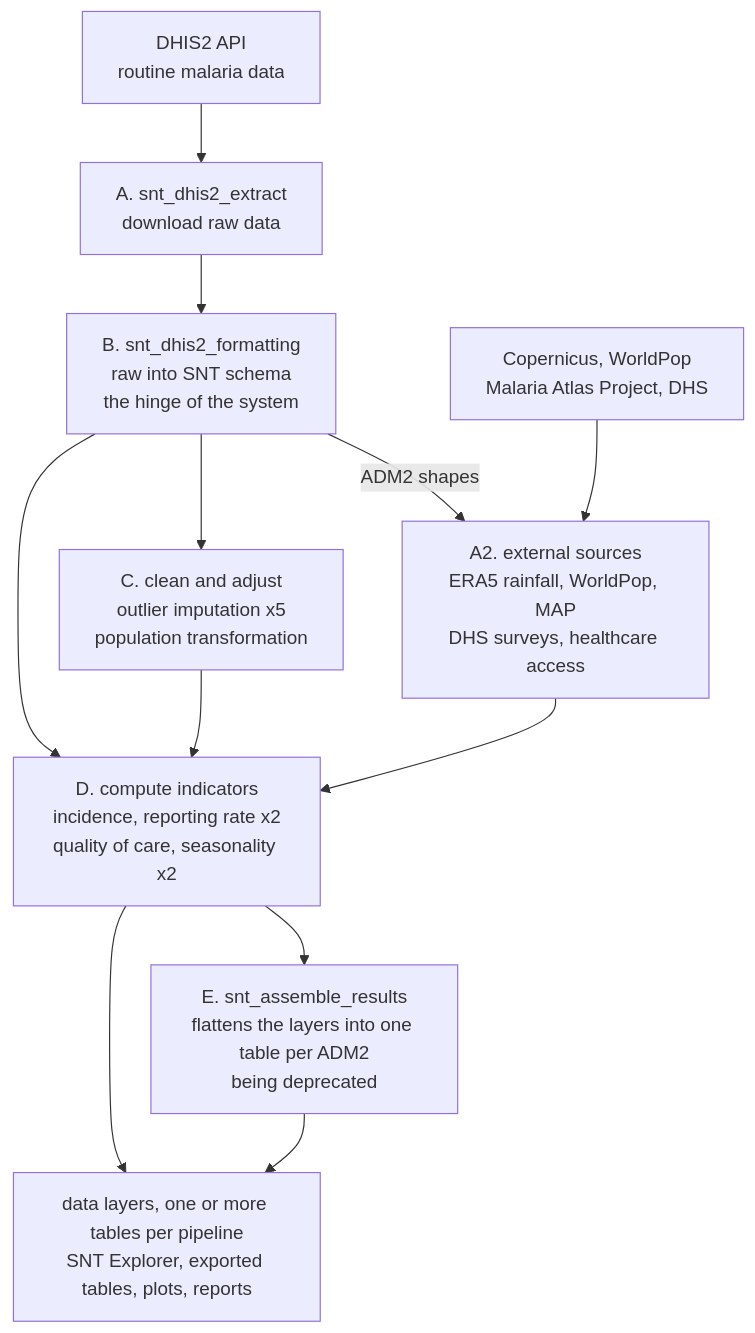
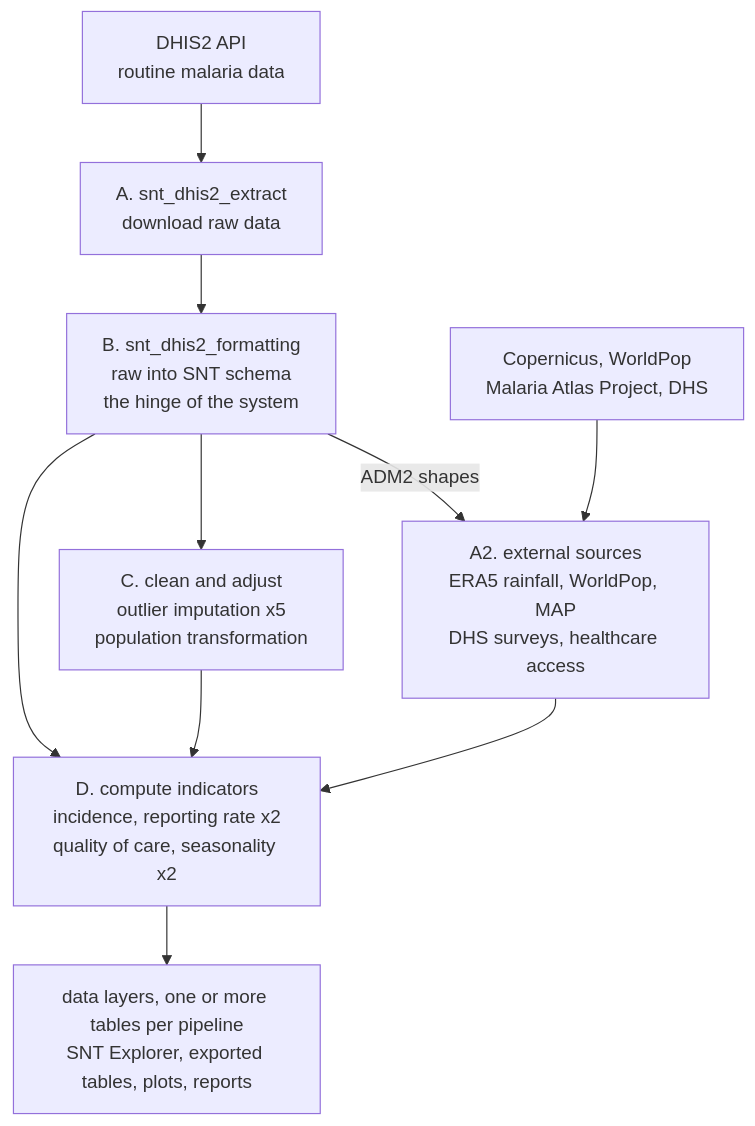
Before and after one commit to BLSQ/snt_development: the diagram in README.md, drawn with Mermaid. The commit also changed other lines of this file and 13 other files, not shown here.

Commit message:
Deprecate pipeline snt_assemble_results (#144)

````diff
--- a/README.md
+++ b/README.md
@@ -28,15 +28,13 @@
 ```mermaid
 flowchart TD
     DHIS2["DHIS2 API<br/>routine malaria data"] --> A
     A["A. snt_dhis2_extract<br/>download raw data"] --> B
     B["B. snt_dhis2_formatting<br/>raw into SNT schema<br/>the hinge of the system"]
     B --> C["C. clean and adjust<br/>outlier imputation x5<br/>population transformation"]
     B -->|ADM2 shapes| AP["A2. external sources<br/>ERA5 rainfall, WorldPop, MAP<br/>DHS surveys, healthcare access"]
     SRC["Copernicus, WorldPop<br/>Malaria Atlas Project, DHS"] --> AP
     B --> D
     C --> D["D. compute indicators<br/>incidence, reporting rate x2<br/>quality of care, seasonality x2"]
     AP --> D
     D --> OUT["data layers, one or more tables per pipeline<br/>SNT Explorer, exported tables, plots, reports"]
-    D --> E["E. snt_assemble_results<br/>flattens the layers into one table per ADM2<br/>being deprecated"]
-    E --> OUT
 ```
````
